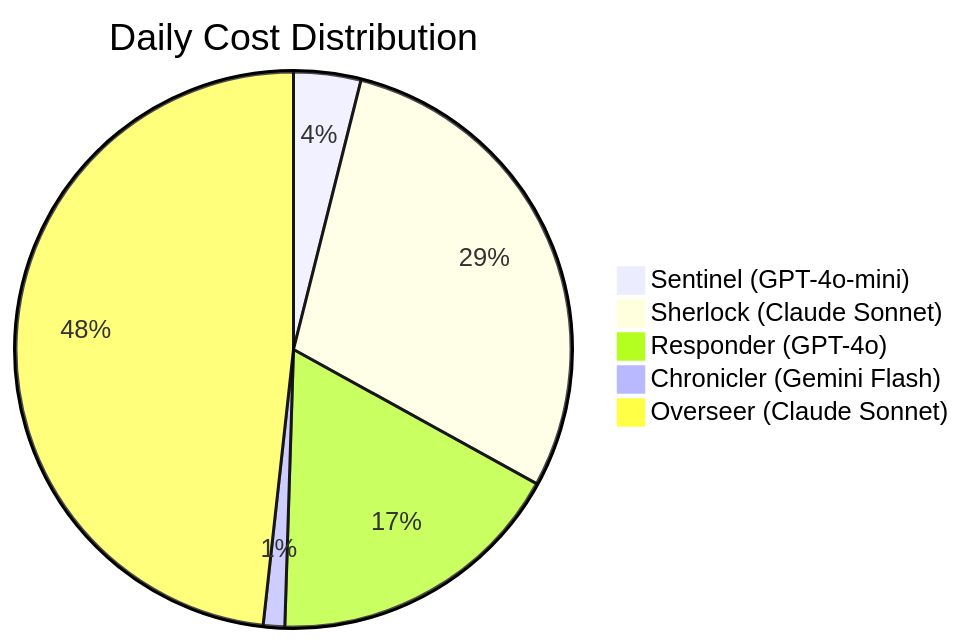
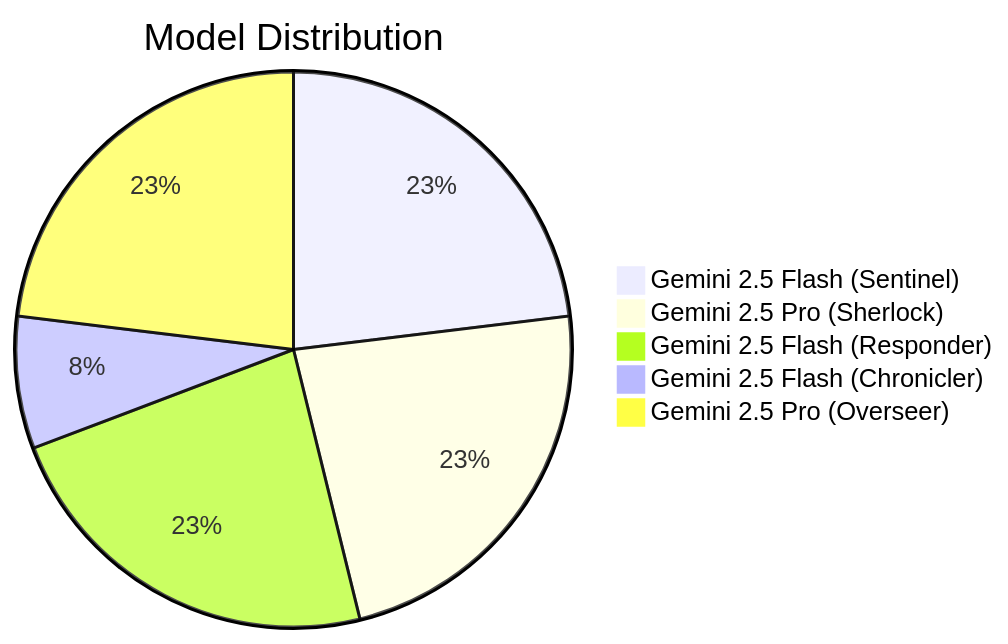
The second of 2 diagrams in README.md (SaaiAravindhRaja/shieldops), drawn with Mermaid before and after one commit. The commit also changed other lines of this file and 8 other files, not shown here.

````diff
--- a/README.md
+++ b/README.md
@@ -159,8 +161,8 @@
 ```mermaid
-pie title Daily Cost Distribution
-    "Sentinel (GPT-4o-mini)" : 0.47
-    "Sherlock (Claude Sonnet)" : 3.50
-    "Responder (GPT-4o)" : 2.10
-    "Chronicler (Gemini Flash)" : 0.15
-    "Overseer (Claude Sonnet)" : 5.80
+pie title Model Distribution
+    "Gemini 2.5 Flash (Sentinel)" : 3
+    "Gemini 2.5 Pro (Sherlock)" : 3
+    "Gemini 2.5 Flash (Responder)" : 3
+    "Gemini 2.5 Flash (Chronicler)" : 1
+    "Gemini 2.5 Pro (Overseer)" : 3
 ```
````
